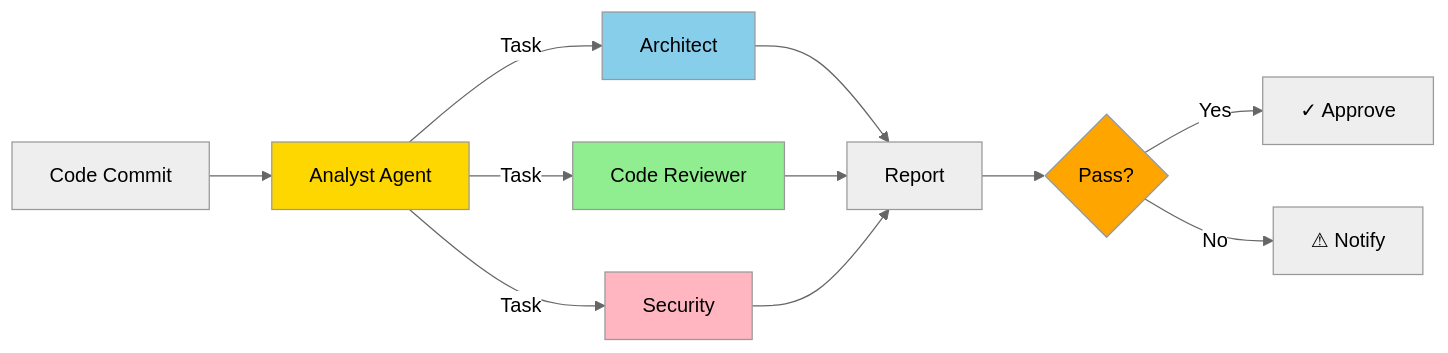
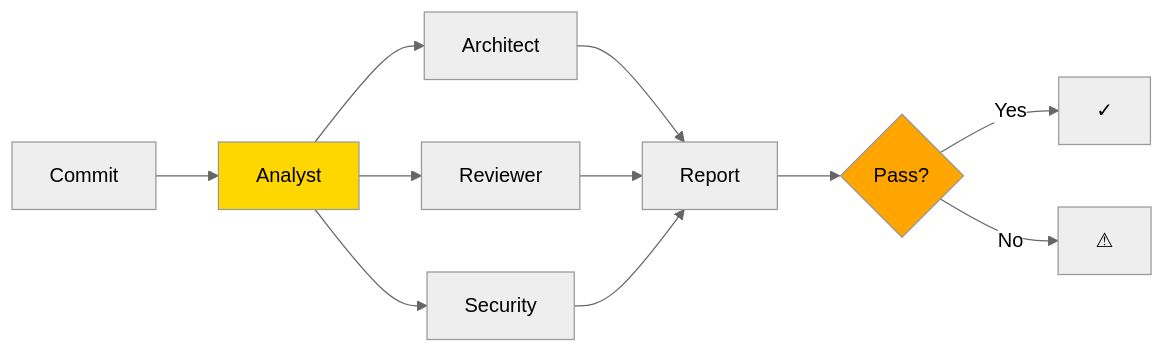
One commit to Algiras/vs-zinios-conference-2025-11-18 changed diagram 12 of 13 in slides/presentation.md. Above: the diagram before and after it, drawn with Mermaid (neutral theme). The commit also changed other lines of this file and 18 other files, not shown here.

````diff
--- a/slides/presentation.md
+++ b/slides/presentation.md
@@ -729,21 +1046,18 @@
 ```mermaid
 graph LR
-    START[Code Commit] --> ANALYST[Analyst Agent]
-    ANALYST -->|Task| ARCHITECT[Architect]
-    ANALYST -->|Task| REVIEWER[Code Reviewer]
-    ANALYST -->|Task| SECURITY[Security]
+    START[Commit] --> ANALYST[Analyst]
+    ANALYST --> ARCH[Architect]
+    ANALYST --> REVIEW[Reviewer]
+    ANALYST --> SEC[Security]
     
-    ARCHITECT --> REPORT[Report]
-    REVIEWER --> REPORT
-    SECURITY --> REPORT
+    ARCH --> REPORT[Report]
+    REVIEW --> REPORT
+    SEC --> REPORT
     
-    REPORT --> DECISION{Pass?}
-    DECISION -->|Yes| APPROVE[✓ Approve]
-    DECISION -->|No| NOTIFY[⚠ Notify]
+    REPORT --> DEC{Pass?}
+    DEC -->|Yes| OK[✓]
+    DEC -->|No| WARN[⚠]
     
     style ANALYST fill:#FFD700
-    style ARCHITECT fill:#87CEEB
-    style REVIEWER fill:#90EE90
-    style SECURITY fill:#FFB6C1
-    style DECISION fill:#FFA500
+    style DEC fill:#FFA500
 ```
````
